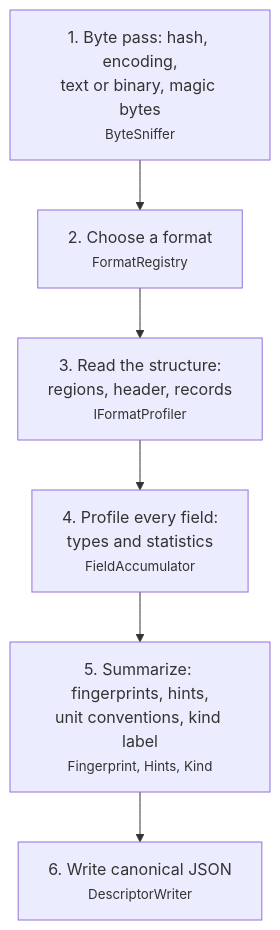
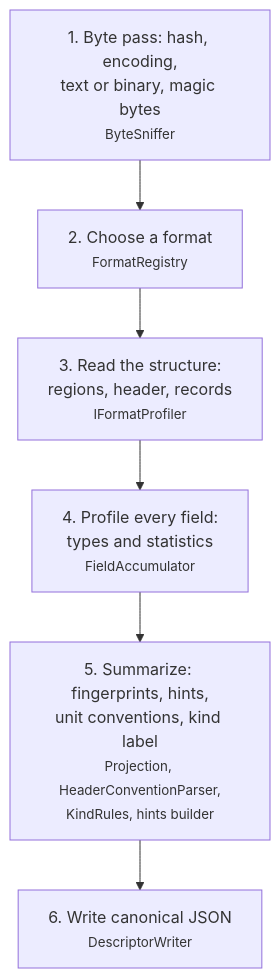
One commit to squalor-xyz/squalify changed the second of 11 diagrams in docs/how-it-works.md. Above: the diagram before and after it, drawn with Mermaid. The commit also changed other lines of this file and 40 other files, not shown here.

````diff
--- a/docs/how-it-works.md
+++ b/docs/how-it-works.md
@@ -29,8 +29,8 @@
 ```mermaid
 flowchart TD
     A["1. Byte pass: hash, encoding,<br/>text or binary, magic bytes<br/><small>ByteSniffer</small>"] --> B["2. Choose a format<br/><small>FormatRegistry</small>"]
     B --> C["3. Read the structure:<br/>regions, header, records<br/><small>IFormatProfiler</small>"]
     C --> D["4. Profile every field:<br/>types and statistics<br/><small>FieldAccumulator</small>"]
-    D --> E["5. Summarize: fingerprints, hints,<br/>unit conventions, kind label<br/><small>Fingerprint, Hints, Kind</small>"]
+    D --> E["5. Summarize: fingerprints, hints,<br/>unit conventions, kind label<br/><small>Projection, HeaderConventionParser,<br/>KindRules, hints builder</small>"]
     E --> F["6. Write canonical JSON<br/><small>DescriptorWriter</small>"]
 ```
````
